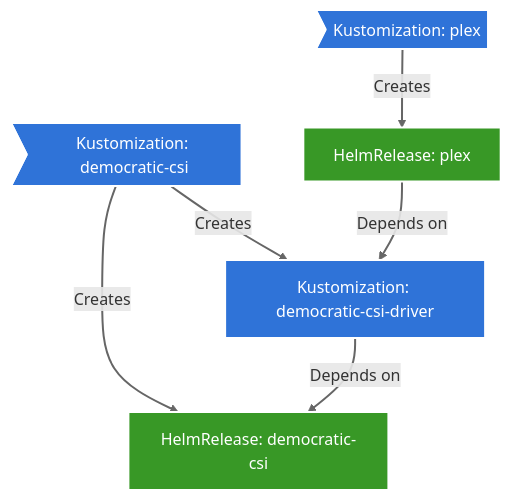
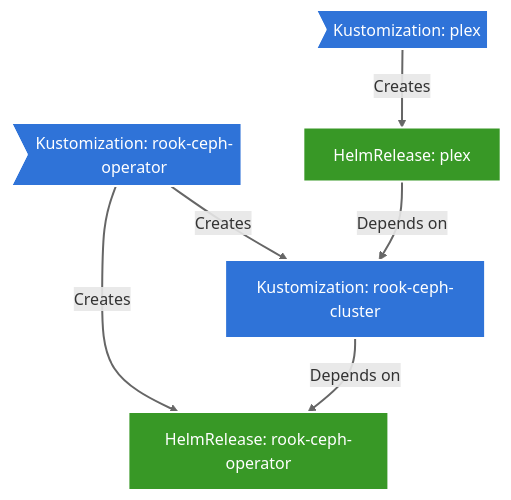
Before and after one commit to dapperdivers/dapper-cluster: the first of 4 diagrams in README.md, drawn with Mermaid. The commit also changed other lines of this file and 36 other files, not shown here.

````diff
--- a/README.md
+++ b/README.md
@@ -122,23 +129,23 @@
 ```mermaid
 graph TD
     %% Styling
     classDef kustomization fill:#2f73d8,stroke:#fff,stroke-width:2px,color:#fff
     classDef helmRelease fill:#389826,stroke:#fff,stroke-width:2px,color:#fff
 
     %% Nodes
-    A>Kustomization: democratic-csi]:::kustomization
-    B[HelmRelease: democratic-csi]:::helmRelease
-    C[Kustomization: democratic-csi-driver]:::kustomization
+    A>Kustomization: rook-ceph-operator]:::kustomization
+    B[HelmRelease: rook-ceph-operator]:::helmRelease
+    C[Kustomization: rook-ceph-cluster]:::kustomization
     D>Kustomization: plex]:::kustomization
     E[HelmRelease: plex]:::helmRelease
 
     %% Relationships with styled edges
     A -->|Creates| B
     A -->|Creates| C
     C -->|Depends on| B
     D -->|Creates| E
     E -->|Depends on| C
 
     %% Link styling
     linkStyle default stroke:#666,stroke-width:2px
 ```
````
